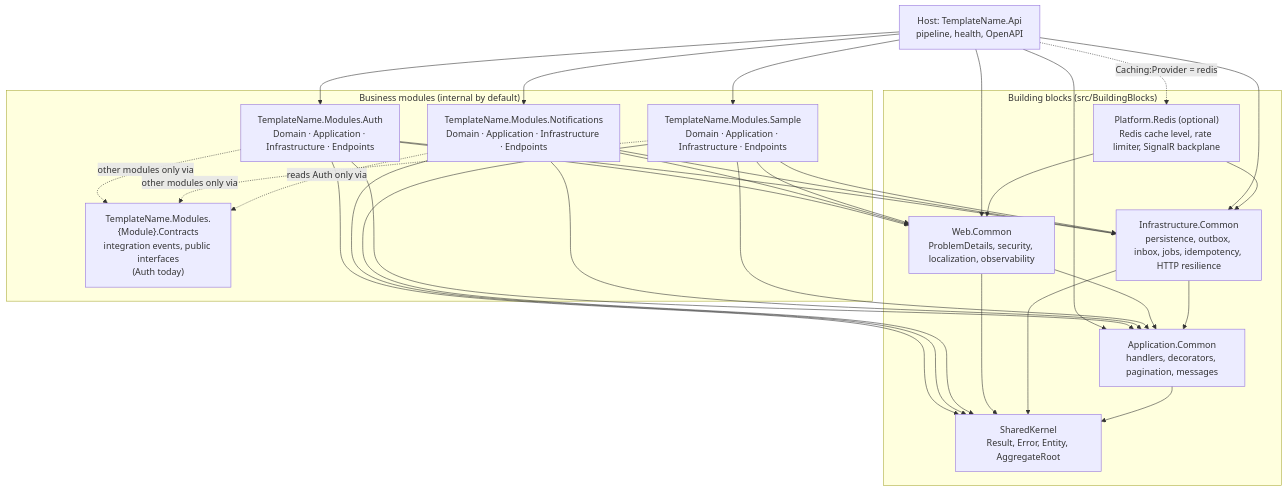
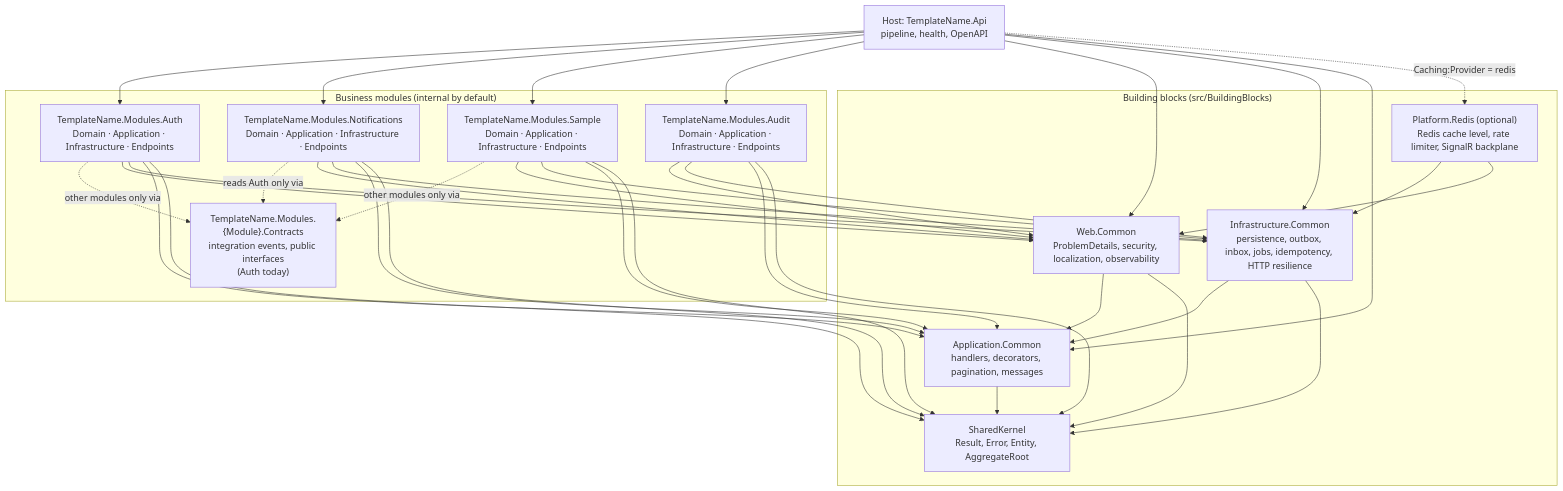
The first of 3 diagrams in docs/architecture/overview.md (jackyjiale-oss/modulith-backend), drawn with Mermaid before and after one commit. The commit also changed other lines of this file and 104 other files, not shown here.

````diff
--- a/docs/architecture/overview.md
+++ b/docs/architecture/overview.md
@@ -7,49 +7,55 @@
 ```mermaid
 flowchart TD
     Api["Host: TemplateName.Api<br/>pipeline, health, OpenAPI"]
 
     subgraph Modules["Business modules (internal by default)"]
         Auth["TemplateName.Modules.Auth<br/>Domain · Application · Infrastructure · Endpoints"]
         Notifications["TemplateName.Modules.Notifications<br/>Domain · Application · Infrastructure · Endpoints"]
         Sample["TemplateName.Modules.Sample<br/>Domain · Application · Infrastructure · Endpoints"]
+        Audit["TemplateName.Modules.Audit<br/>Domain · Application · Infrastructure · Endpoints"]
         Contracts["TemplateName.Modules.{Module}.Contracts<br/>integration events, public interfaces<br/>(Auth today)"]
     end
 
     subgraph BuildingBlocks["Building blocks (src/BuildingBlocks)"]
         Web["Web.Common<br/>ProblemDetails, security, localization, observability"]
         Infra["Infrastructure.Common<br/>persistence, outbox, inbox, jobs, idempotency, HTTP resilience"]
         App["Application.Common<br/>handlers, decorators, pagination, messages"]
         Kernel["SharedKernel<br/>Result, Error, Entity, AggregateRoot"]
         Redis["Platform.Redis (optional)<br/>Redis cache level, rate limiter, SignalR backplane"]
     end
 
     Api --> Auth
     Api --> Notifications
     Api --> Sample
+    Api --> Audit
     Api --> Web
     Api --> Infra
     Api --> App
     Api -. "Caching:Provider = redis" .-> Redis
     Auth -. "other modules only via" .-> Contracts
     Sample -. "other modules only via" .-> Contracts
     Notifications -. "reads Auth only via" .-> Contracts
     Auth --> Web
     Auth --> Infra
     Auth --> App
     Auth --> Kernel
     Notifications --> Web
     Notifications --> Infra
     Notifications --> App
     Notifications --> Kernel
+    Audit --> Web
+    Audit --> Infra
+    Audit --> App
+    Audit --> Kernel
     Sample --> Web
     Sample --> Infra
     Sample --> App
     Sample --> Kernel
     Web --> App
     Infra --> App
     Web --> Kernel
     Infra --> Kernel
     App --> Kernel
     Redis --> Infra
     Redis --> Web
 ```
````
